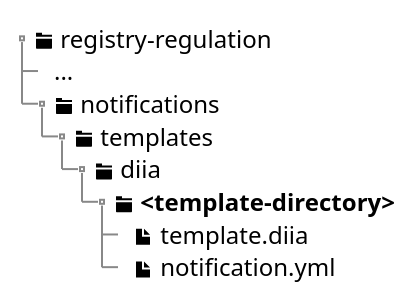
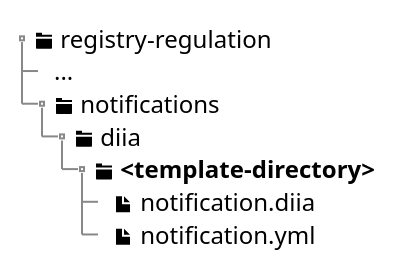
One commit to epam/edp-ddm-architecture changed the diagram in modules/tech/partials/lowcode/notifications/diia/diia-notification-structure.puml. Above: the diagram before and after it, drawn with PlantUML. The commit also changed 7 other files, not shown here.

```diff
--- a/modules/tech/partials/lowcode/notifications/diia/diia-notification-structure.puml
+++ b/modules/tech/partials/lowcode/notifications/diia/diia-notification-structure.puml
@@ -1,14 +1,13 @@
 @startsalt
 {
 {T
 + <&folder> registry-regulation
 ++ ...
 ++ <&folder> notifications
-+++ <&folder> templates
-++++ <&folder> diia
-+++++ <&folder> <b><template-directory></b>
-++++++ <&file> template.diia
-++++++ <&file> notification.yml
++++ <&folder> diia
+++++ <&folder> <b><template-directory></b>
++++++ <&file> notification.diia
++++++ <&file> notification.yml
 }
 }
 @endsalt
```
